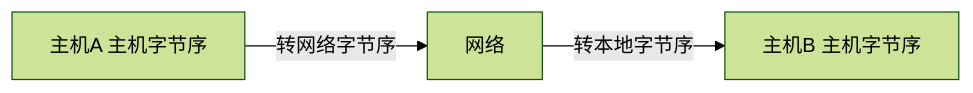
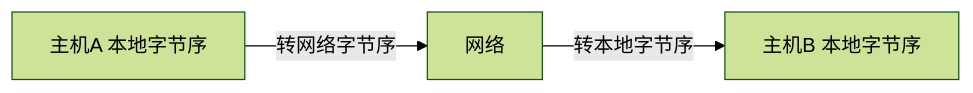
The diagram in README.md (MachunMC/unix_network_program), drawn with Mermaid (forest theme) before and after one commit. The commit also changed other lines of this file and 4 other files, not shown here.

````diff
--- a/README.md
+++ b/README.md
@@ -43,6 +59,6 @@
 ```mermaid
 graph LR
 
-A[主机A 主机字节序] --> |转网络字节序| B[网络]
-B --> |转本地字节序| C[主机B 主机字节序]
+A[主机A 本地字节序] --> |转网络字节序| B[网络]
+B --> |转本地字节序| C[主机B 本地字节序]
 ```
````
